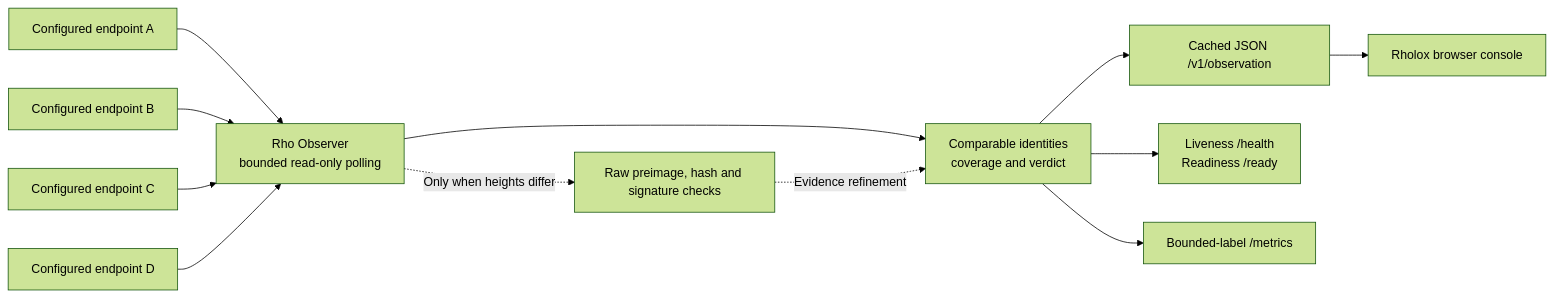
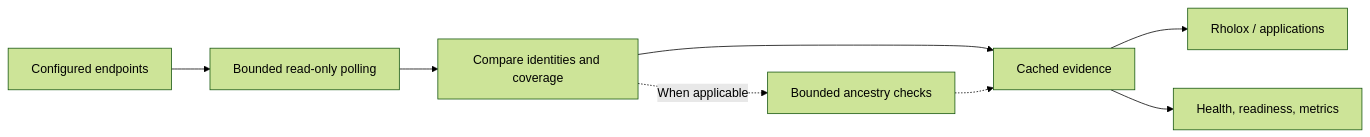
The diagram in README.md (rhovision-org/rho-observer), drawn with Mermaid (forest theme) before and after one commit. The commit also changed other lines of this file and 5 other files, not shown here.

````diff
--- a/README.md
+++ b/README.md
@@ -58,14 +54,10 @@
 ```mermaid
 flowchart LR
-    A["Configured endpoint A"] --> O
-    B["Configured endpoint B"] --> O
-    C["Configured endpoint C"] --> O
-    D["Configured endpoint D"] --> O
-    O["Rho Observer<br/>bounded read-only polling"] --> E["Comparable identities<br/>coverage and verdict"]
-    E --> R["Cached JSON /v1/observation"]
-    E --> H["Liveness /health<br/>Readiness /ready"]
-    E --> M["Bounded-label /metrics"]
-    R --> UI["Rholox browser console"]
-    O -. "Only when heights differ" .-> P["Raw preimage, hash and signature checks"]
-    P -. "Evidence refinement" .-> E
+ A["Configured endpoints"] --> B["Bounded read-only polling"]
+ B --> C["Compare identities and coverage"]
+ C --> D["Cached evidence"]
+ D --> E["Rholox / applications"]
+ D --> F["Health, readiness, metrics"]
+ C -. "When applicable" .-> G["Bounded ancestry checks"]
+ G -.-> D
 ```
````
